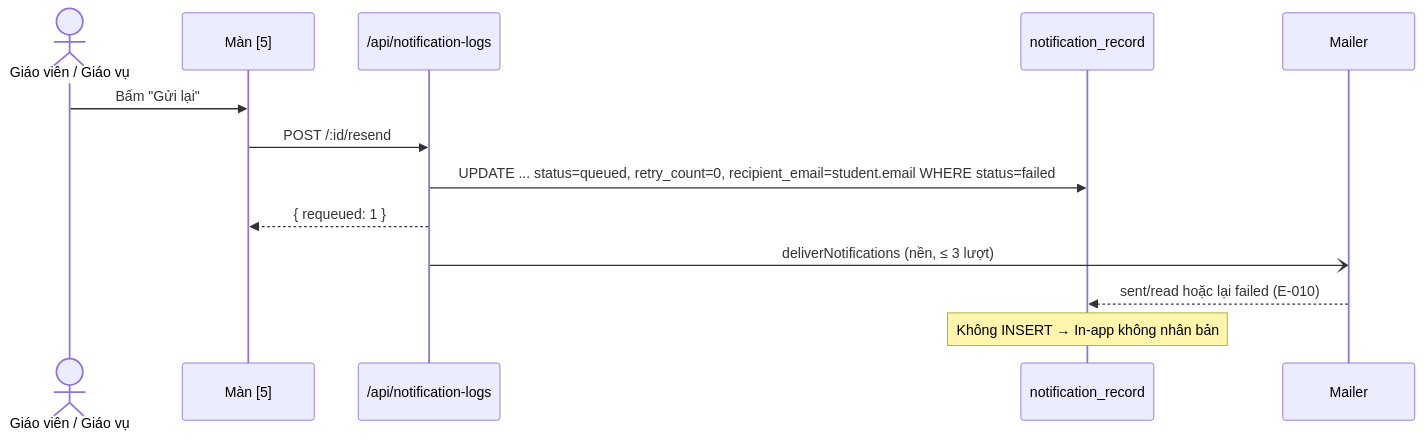
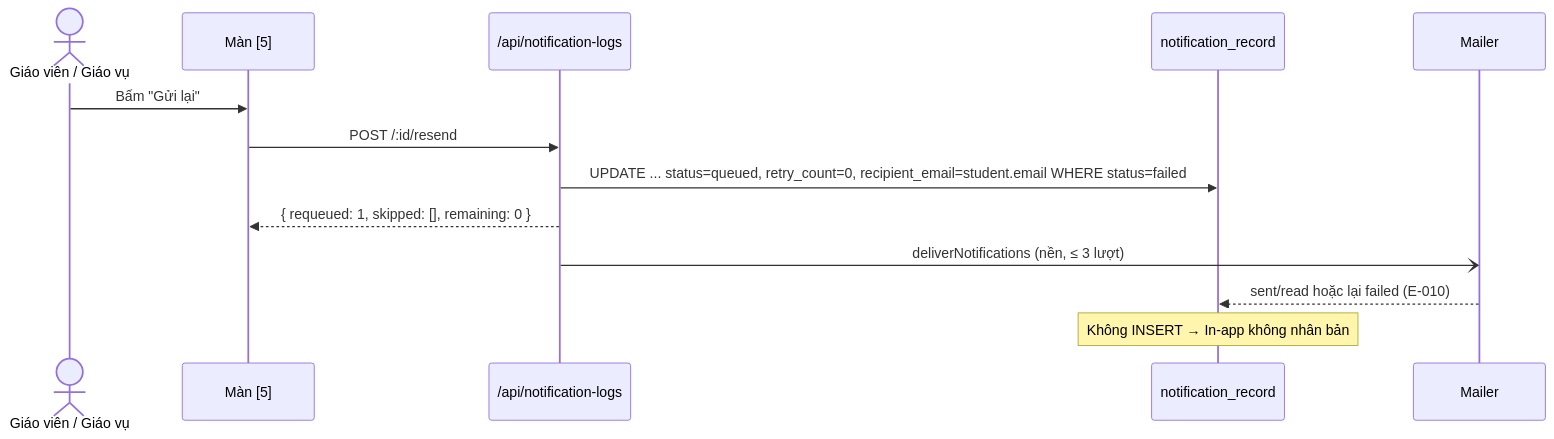
The diagram in plans/261027-0127-tos-23-notification-manual-resend/plan.md (vinh19410/teacher-os), drawn with Mermaid before and after one commit. The commit also changed other lines of this file and 15 other files, not shown here.

````diff
--- a/plans/261027-0127-tos-23-notification-manual-resend/plan.md
+++ b/plans/261027-0127-tos-23-notification-manual-resend/plan.md
@@ -64,15 +66,15 @@
 ```mermaid
 sequenceDiagram
   actor T as Giáo viên / Giáo vụ
   participant W as Màn [5]
   participant API as /api/notification-logs
   participant DB as notification_record
   participant M as Mailer
   T->>W: Bấm "Gửi lại"
   W->>API: POST /:id/resend
   API->>DB: UPDATE ... status=queued, retry_count=0, recipient_email=student.email WHERE status=failed
-  API-->>W: { requeued: 1 }
+  API-->>W: { requeued: 1, skipped: [], remaining: 0 }
   API-)M: deliverNotifications (nền, ≤ 3 lượt)
   M-->>DB: sent/read hoặc lại failed (E-010)
   Note over DB: Không INSERT → In-app không nhân bản
 ```
````
